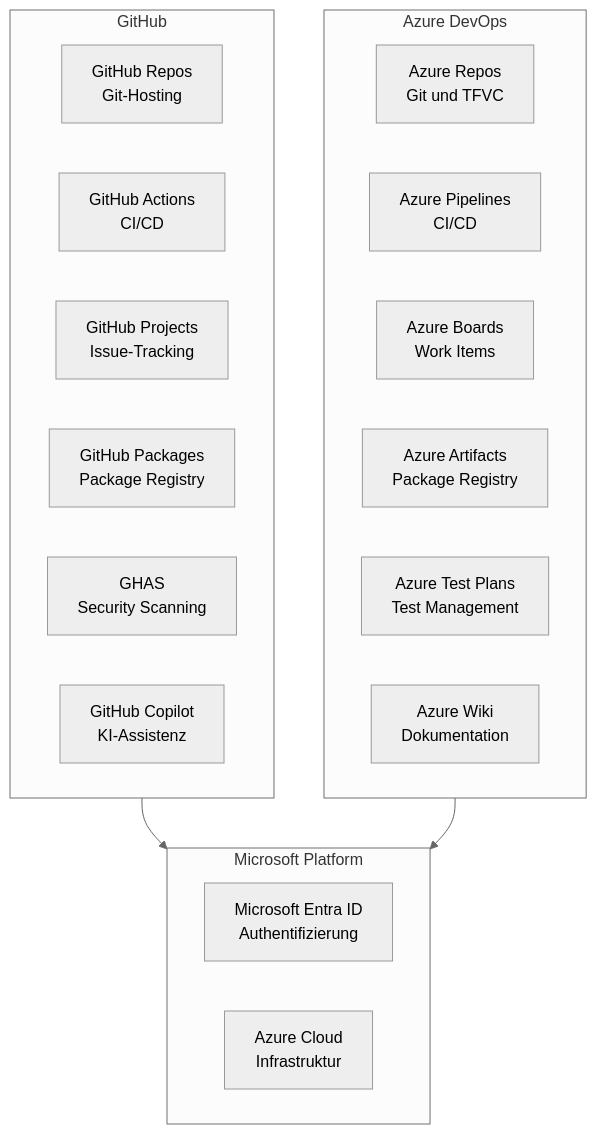
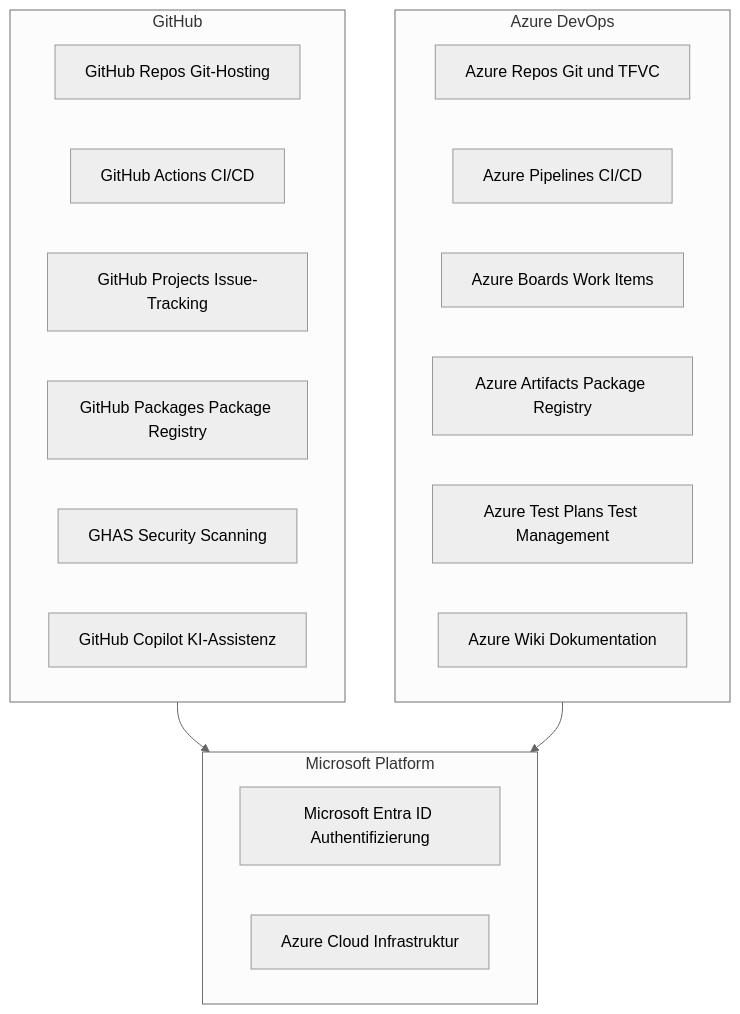
One commit to SoniiiT/notes-n-docs changed the diagram in Microsoft 365/GitHub/GitHub vs Azure DevOps Vergleich.md. Above: the diagram before and after it, drawn with Mermaid (neutral theme). The commit also changed 124 other files, not shown here.

First line of the commit message:
fix: Entferne \n aus allen Mermaid-Diagrammen (125 Dateien)

````diff
--- a/Microsoft 365/GitHub/GitHub vs Azure DevOps Vergleich.md
+++ b/Microsoft 365/GitHub/GitHub vs Azure DevOps Vergleich.md
@@ -40,28 +40,28 @@
 ```mermaid
 flowchart TD
     subgraph GH["GitHub"]
-        GR[GitHub Repos\nGit-Hosting]
-        GA[GitHub Actions\nCI/CD]
-        GP[GitHub Projects\nIssue-Tracking]
-        GK[GitHub Packages\nPackage Registry]
-        GS[GHAS\nSecurity Scanning]
-        GC[GitHub Copilot\nKI-Assistenz]
+        GR[GitHub Repos Git-Hosting]
+        GA[GitHub Actions CI/CD]
+        GP[GitHub Projects Issue-Tracking]
+        GK[GitHub Packages Package Registry]
+        GS[GHAS Security Scanning]
+        GC[GitHub Copilot KI-Assistenz]
     end
 
     subgraph ADO["Azure DevOps"]
-        AR[Azure Repos\nGit und TFVC]
-        AP[Azure Pipelines\nCI/CD]
-        AB[Azure Boards\nWork Items]
-        AA[Azure Artifacts\nPackage Registry]
-        AT[Azure Test Plans\nTest Management]
-        AW[Azure Wiki\nDokumentation]
+        AR[Azure Repos Git und TFVC]
+        AP[Azure Pipelines CI/CD]
+        AB[Azure Boards Work Items]
+        AA[Azure Artifacts Package Registry]
+        AT[Azure Test Plans Test Management]
+        AW[Azure Wiki Dokumentation]
     end
 
     subgraph MS["Microsoft Platform"]
-        EID[Microsoft Entra ID\nAuthentifizierung]
-        AZ[Azure Cloud\nInfrastruktur]
+        EID[Microsoft Entra ID Authentifizierung]
+        AZ[Azure Cloud Infrastruktur]
     end
 
     GH --> MS
     ADO --> MS
 ```
````
